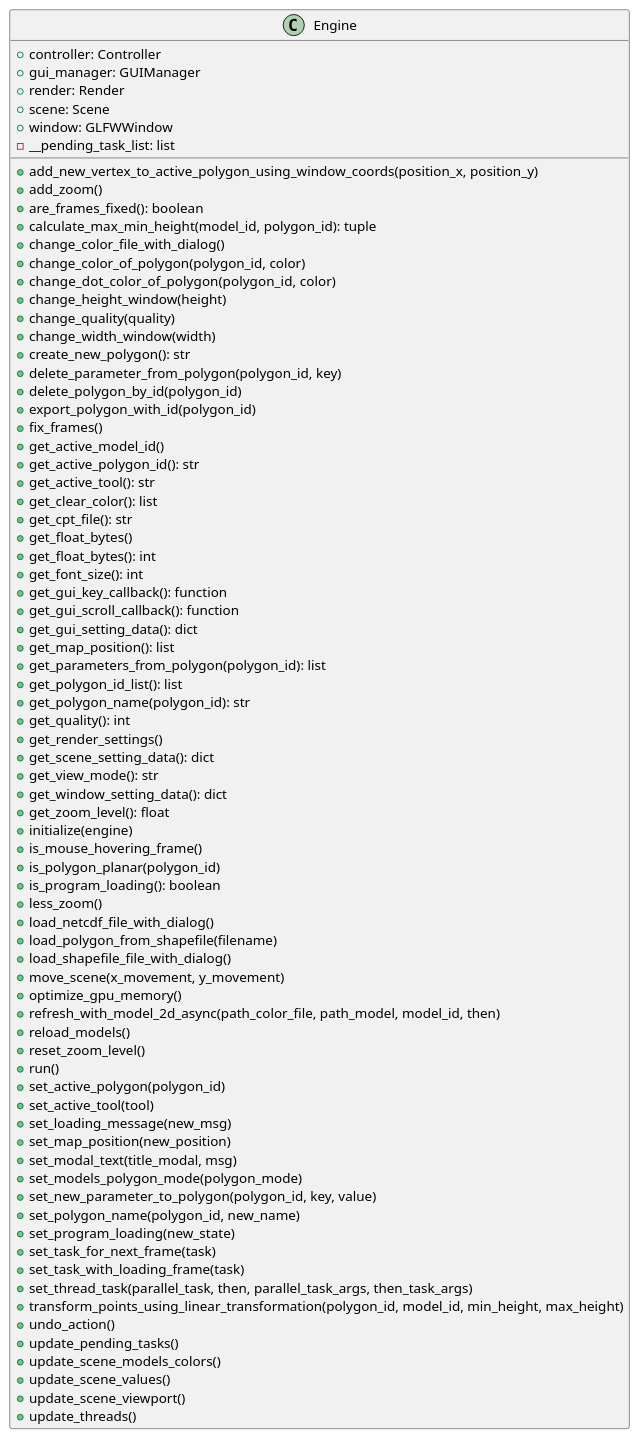
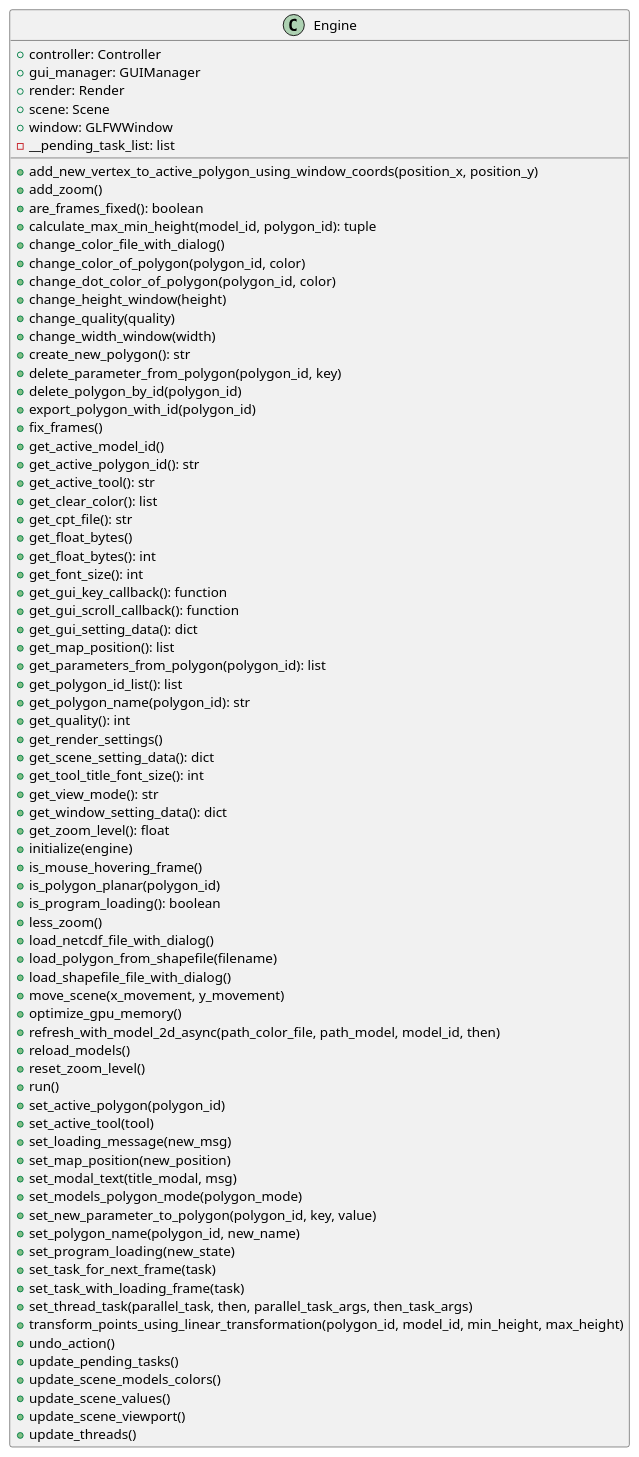
Before and after one commit to ferpoble2/Relief_Creator: the diagram in docs/classes/Engine.puml, drawn with PlantUML. The commit also changed 7 other files, not shown here.

Commit message:
Changed the font size of the names of the tools

```diff
--- a/docs/classes/Engine.puml
+++ b/docs/classes/Engine.puml
@@ -1,80 +1,81 @@
 @startuml
 class Engine {
     + controller: Controller
     + gui_manager: GUIManager
     + render: Render
     + scene: Scene
     + window: GLFWWindow
     - __pending_task_list: list
     + add_new_vertex_to_active_polygon_using_window_coords(position_x, position_y)
     + add_zoom()
     + are_frames_fixed(): boolean
     + calculate_max_min_height(model_id, polygon_id): tuple
     + change_color_file_with_dialog()
     + change_color_of_polygon(polygon_id, color)
     + change_dot_color_of_polygon(polygon_id,  color)
     + change_height_window(height)
     + change_quality(quality)
     + change_width_window(width)
     + create_new_polygon(): str
     + delete_parameter_from_polygon(polygon_id, key)
     + delete_polygon_by_id(polygon_id)
     + export_polygon_with_id(polygon_id)
     + fix_frames()
     + get_active_model_id()
     + get_active_polygon_id(): str
     + get_active_tool(): str
     + get_clear_color(): list
     + get_cpt_file(): str
     + get_float_bytes()
     + get_float_bytes(): int
     + get_font_size(): int
     + get_gui_key_callback(): function
     + get_gui_scroll_callback(): function
     + get_gui_setting_data(): dict
     + get_map_position(): list
     + get_parameters_from_polygon(polygon_id): list
     + get_polygon_id_list(): list
     + get_polygon_name(polygon_id): str
     + get_quality(): int
     + get_render_settings()
     + get_scene_setting_data(): dict
+    + get_tool_title_font_size(): int
     + get_view_mode(): str
     + get_window_setting_data(): dict
     + get_zoom_level(): float
     + initialize(engine)
     + is_mouse_hovering_frame()
     + is_polygon_planar(polygon_id)
     + is_program_loading(): boolean
     + less_zoom()
     + load_netcdf_file_with_dialog()
     + load_polygon_from_shapefile(filename)
     + load_shapefile_file_with_dialog()
     + move_scene(x_movement, y_movement)
     + optimize_gpu_memory()
     + refresh_with_model_2d_async(path_color_file, path_model, model_id, then)
     + reload_models()
     + reset_zoom_level()
     + run()
     + set_active_polygon(polygon_id)
     + set_active_tool(tool)
     + set_loading_message(new_msg)
     + set_map_position(new_position)
     + set_modal_text(title_modal, msg)
     + set_models_polygon_mode(polygon_mode)
     + set_new_parameter_to_polygon(polygon_id, key, value)
     + set_polygon_name(polygon_id, new_name)
     + set_program_loading(new_state)
     + set_task_for_next_frame(task)
     + set_task_with_loading_frame(task)
     + set_thread_task(parallel_task, then, parallel_task_args, then_task_args)
     + transform_points_using_linear_transformation(polygon_id, model_id, min_height, max_height)
     + undo_action()
     + update_pending_tasks()
     + update_scene_models_colors()
     + update_scene_values()
     + update_scene_viewport()
     + update_threads()
 }
 
 @enduml
```
